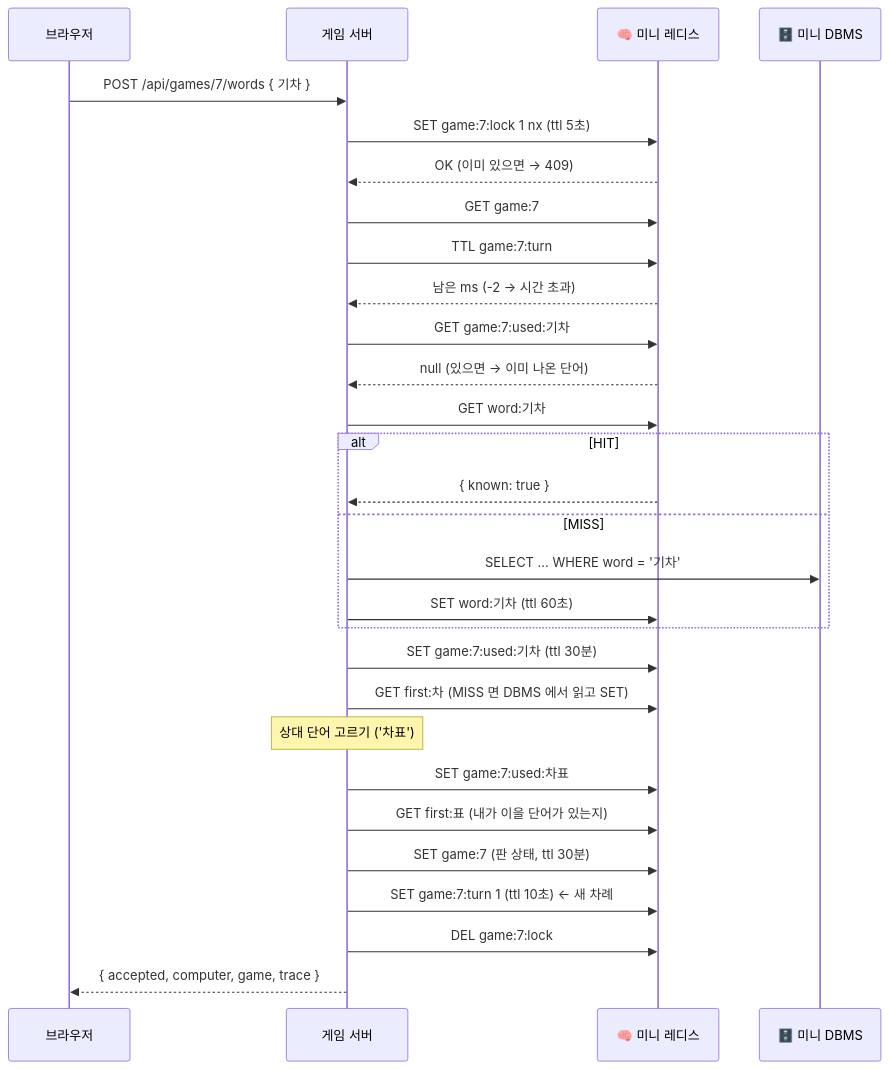
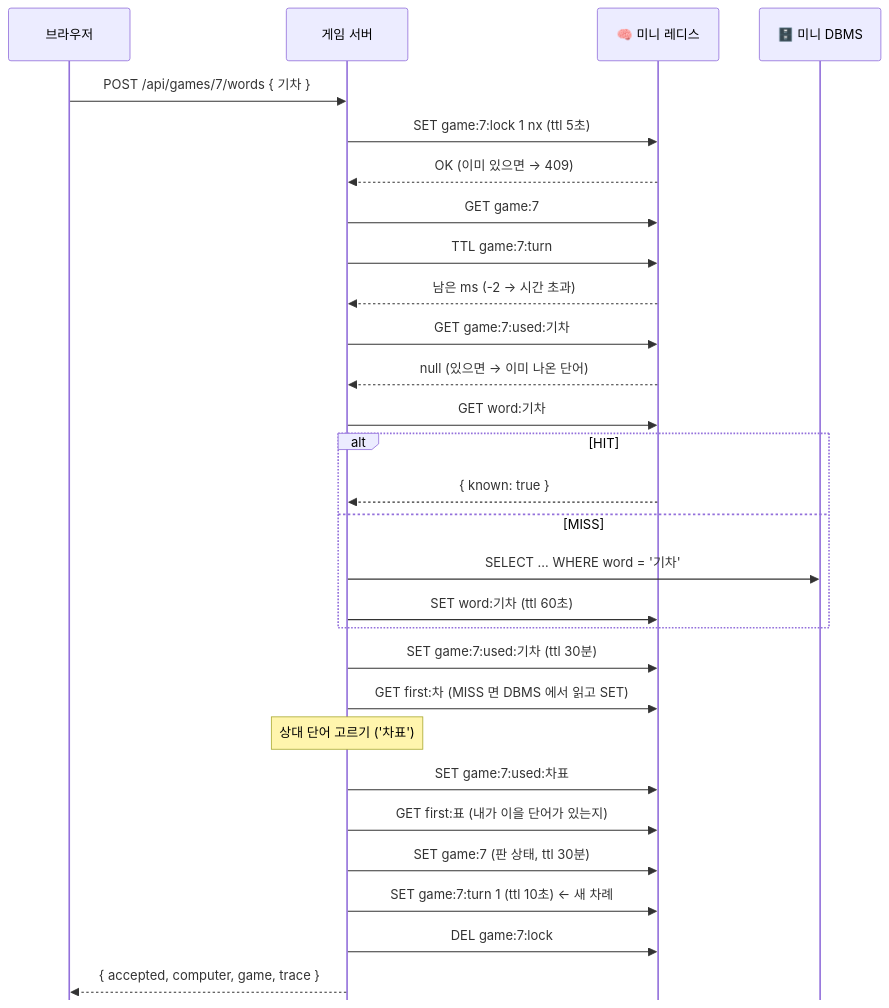
The fourth of 5 diagrams in README.md (ririzu1202/shiritori), drawn with Mermaid before and after one commit. The commit also changed other lines of this file, not shown here.

````diff
--- a/README.md
+++ b/README.md
@@ -244,31 +229,32 @@
 ```mermaid
+%%{init: {"sequence": {"mirrorActors": false}}}%%
 sequenceDiagram
   participant B as 브라우저
   participant G as 게임 서버
   participant R as 🧠 미니 레디스
   participant D as 🗄️ 미니 DBMS
   B->>G: POST /api/games/7/words { 기차 }
   G->>R: SET game:7:lock 1 nx (ttl 5초)
   R-->>G: OK  (이미 있으면 → 409)
   G->>R: GET game:7
   G->>R: TTL game:7:turn
   R-->>G: 남은 ms  (-2 → 시간 초과)
   G->>R: GET game:7:used:기차
   R-->>G: null  (있으면 → 이미 나온 단어)
   G->>R: GET word:기차
   alt HIT
     R-->>G: { known: true }
   else MISS
     G->>D: SELECT … WHERE word = '기차'
     G->>R: SET word:기차 (ttl 60초)
   end
   G->>R: SET game:7:used:기차 (ttl 30분)
   G->>R: GET first:차  (MISS 면 DBMS 에서 읽고 SET)
   Note over G: 상대 단어 고르기 ('차표')
   G->>R: SET game:7:used:차표
   G->>R: GET first:표  (내가 이을 단어가 있는지)
   G->>R: SET game:7 (판 상태, ttl 30분)
   G->>R: SET game:7:turn 1 (ttl 10초)  ← 새 차례
   G->>R: DEL game:7:lock
   G-->>B: { accepted, computer, game, trace }
 ```
````
